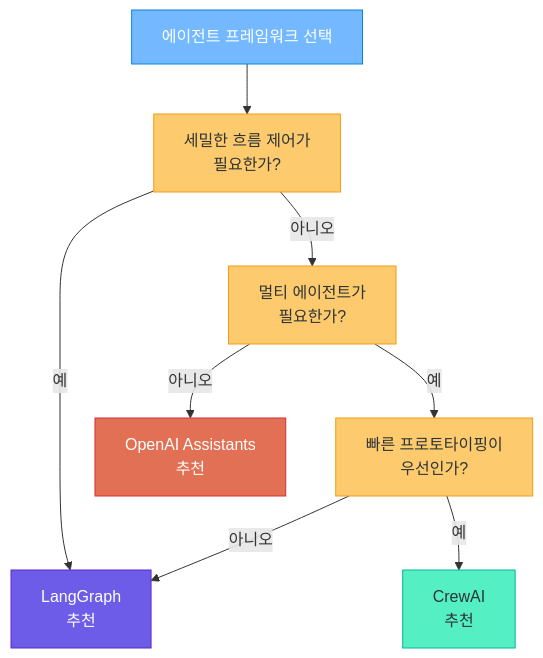
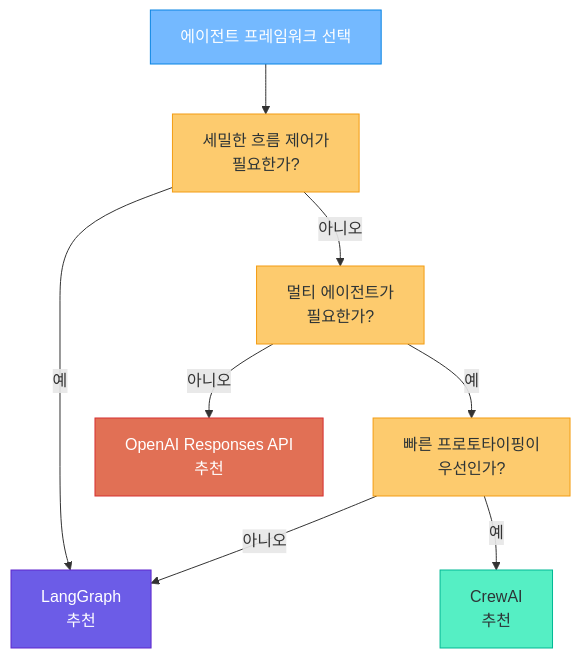
Diagram 13 of 14 in 0.docs/05_genai_advanced/09_ai_agent_overview.md (lovehyun/tutorial-genai), drawn with Mermaid before and after one commit. The commit also changed other lines of this file and 20 other files, not shown here.

````diff
--- a/0.docs/05_genai_advanced/09_ai_agent_overview.md
+++ b/0.docs/05_genai_advanced/09_ai_agent_overview.md
@@ -895,27 +897,27 @@
 ```mermaid
 flowchart TB
     START["에이전트 프레임워크 선택"]
     Q1["세밀한 흐름 제어가<br/>필요한가?"]
     Q2["멀티 에이전트가<br/>필요한가?"]
     Q3["빠른 프로토타이핑이<br/>우선인가?"]
 
     LG["LangGraph<br/>추천"]
     CR["CrewAI<br/>추천"]
-    OA["OpenAI Assistants<br/>추천"]
+    OA["OpenAI Responses API<br/>추천"]
 
     START --> Q1
     Q1 -->|"예"| LG
     Q1 -->|"아니오"| Q2
     Q2 -->|"예"| Q3
     Q2 -->|"아니오"| OA
     Q3 -->|"예"| CR
     Q3 -->|"아니오"| LG
 
     style START fill:#74b9ff,stroke:#0984e3,color:#fff
     style Q1 fill:#fdcb6e,stroke:#f39c12,color:#2d3436
     style Q2 fill:#fdcb6e,stroke:#f39c12,color:#2d3436
     style Q3 fill:#fdcb6e,stroke:#f39c12,color:#2d3436
     style LG fill:#6c5ce7,stroke:#5f27cd,color:#fff
     style CR fill:#55efc4,stroke:#00b894,color:#2d3436
     style OA fill:#e17055,stroke:#d63031,color:#fff
 ```
````
